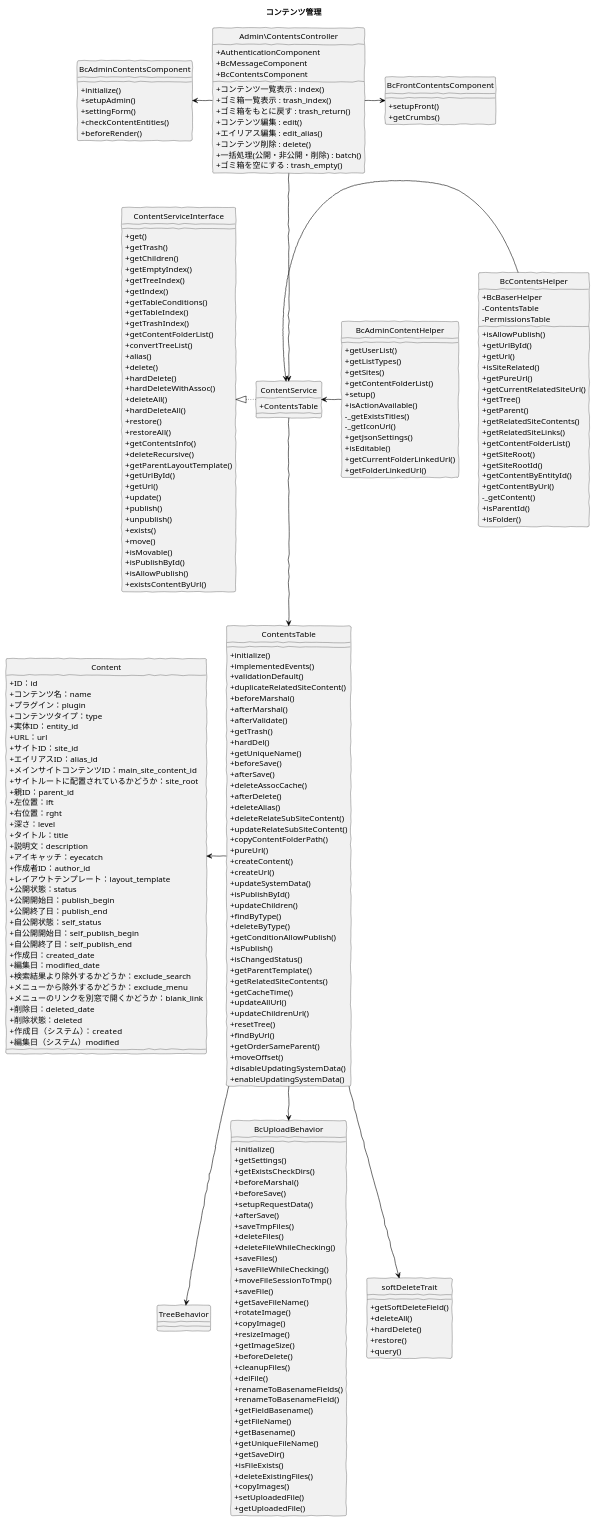
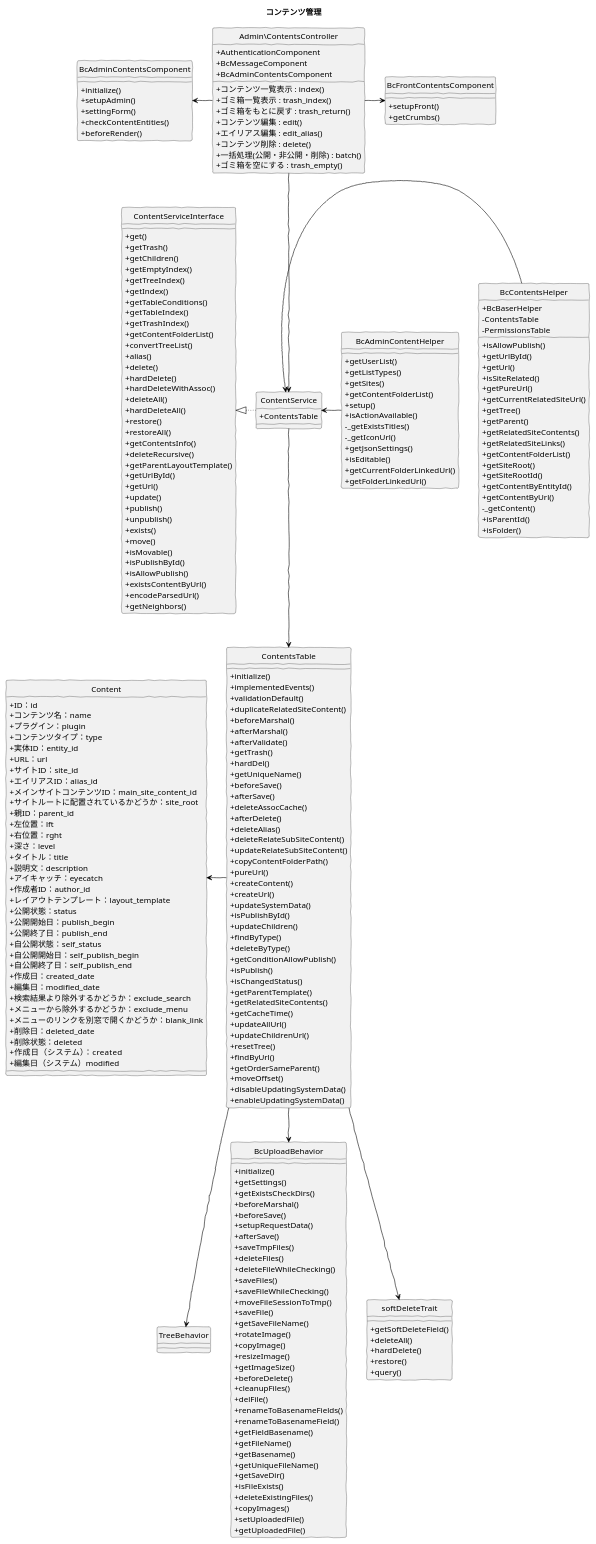
Before and after one commit to baserproject/baserproject.github.io: the diagram in src/puml/5/ucmitz/svg/class/manage_contents.puml, drawn with PlantUML. The commit also changed 1 other file, not shown here.

Commit message:
BcContentsComponentをBcAdminContentsComponentに変換

```diff
--- a/src/puml/5/ucmitz/svg/class/manage_contents.puml
+++ b/src/puml/5/ucmitz/svg/class/manage_contents.puml
@@ -9,7 +9,7 @@
 class Admin\ContentsController {
   + AuthenticationComponent
   + BcMessageComponent
-  + BcContentsComponent
+  + BcAdminContentsComponent
   + コンテンツ一覧表示 : index()
   + ゴミ箱一覧表示 : trash_index()
   + ゴミ箱をもとに戻す : trash_return()
@@ -190,6 +190,8 @@
   + isPublishById()
   + isAllowPublish()
   + existsContentByUrl()
+  + encodeParsedUrl()
+  + getNeighbors()
 }
 
 class TreeBehavior {
```
